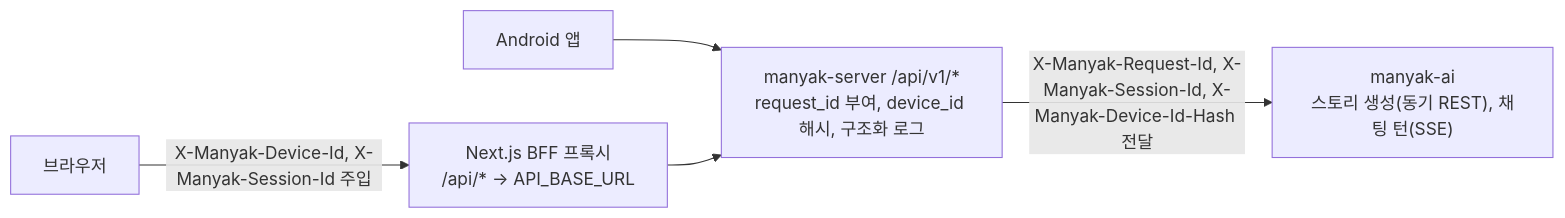
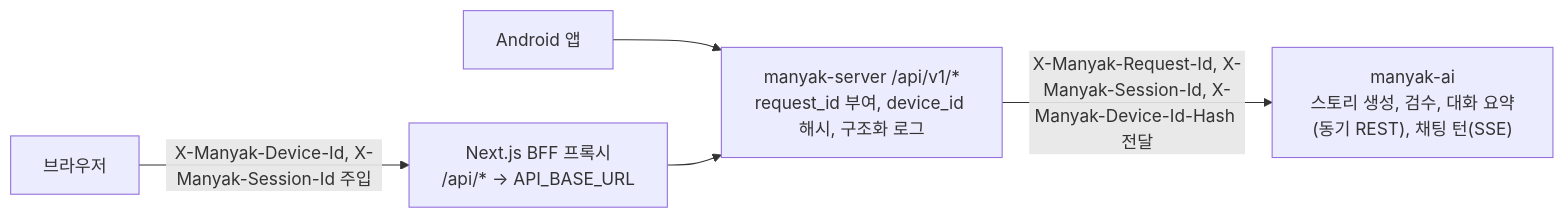
The diagram in docs/platform/BACKEND/1-ARCHITECTURE.md (KIM-N-KANG/knk-harness), drawn with Mermaid before and after one commit. The commit also changed other lines of this file and 18 other files, not shown here.

````diff
--- a/docs/platform/BACKEND/1-ARCHITECTURE.md
+++ b/docs/platform/BACKEND/1-ARCHITECTURE.md
@@ -25,7 +26,7 @@
 ```mermaid
 graph LR
     Browser[브라우저] -->|X-Manyak-Device-Id, X-Manyak-Session-Id 주입| BFF["Next.js BFF 프록시<br/>/api/* → API_BASE_URL"]
     Android[Android 앱] --> Server
     BFF --> Server["manyak-server /api/v1/*<br/>request_id 부여, device_id 해시, 구조화 로그"]
-    Server -->|X-Manyak-Request-Id, X-Manyak-Session-Id, X-Manyak-Device-Id-Hash 전달| AI["manyak-ai<br/>스토리 생성(동기 REST), 채팅 턴(SSE)"]
+    Server -->|X-Manyak-Request-Id, X-Manyak-Session-Id, X-Manyak-Device-Id-Hash 전달| AI["manyak-ai<br/>스토리 생성, 검수, 대화 요약(동기 REST), 채팅 턴(SSE)"]
 ```
````
